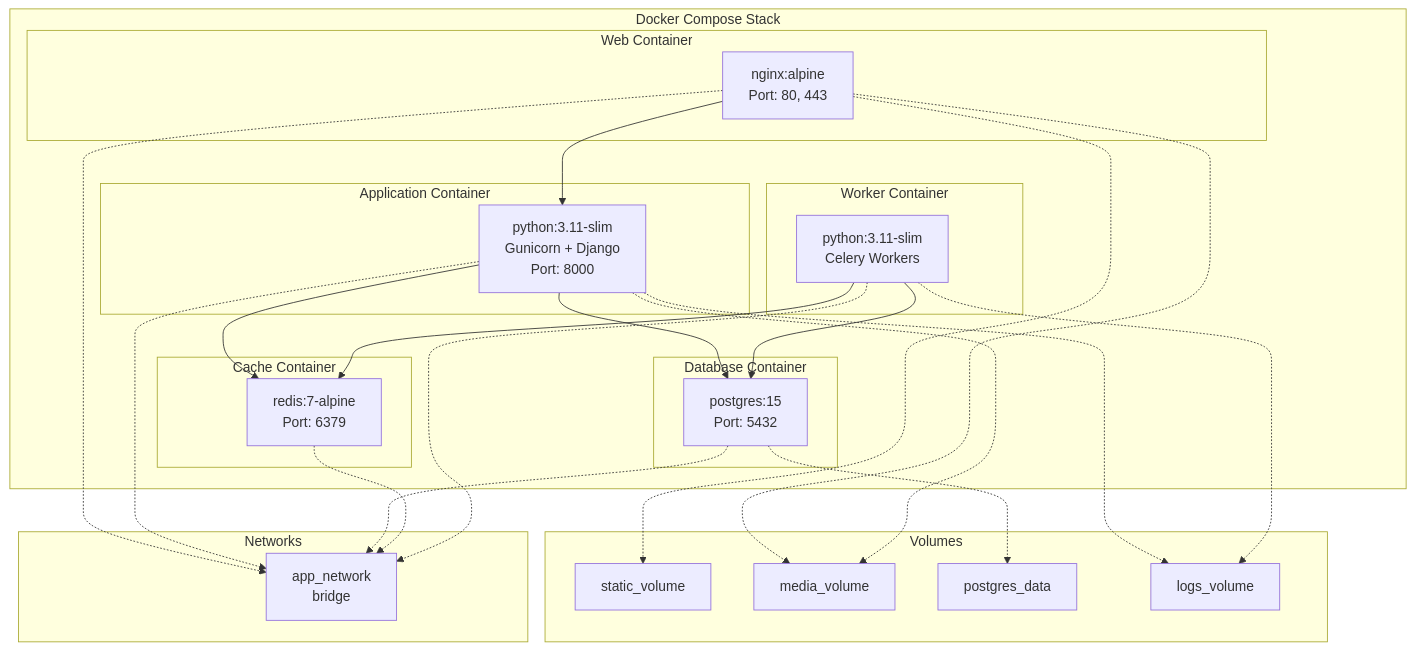
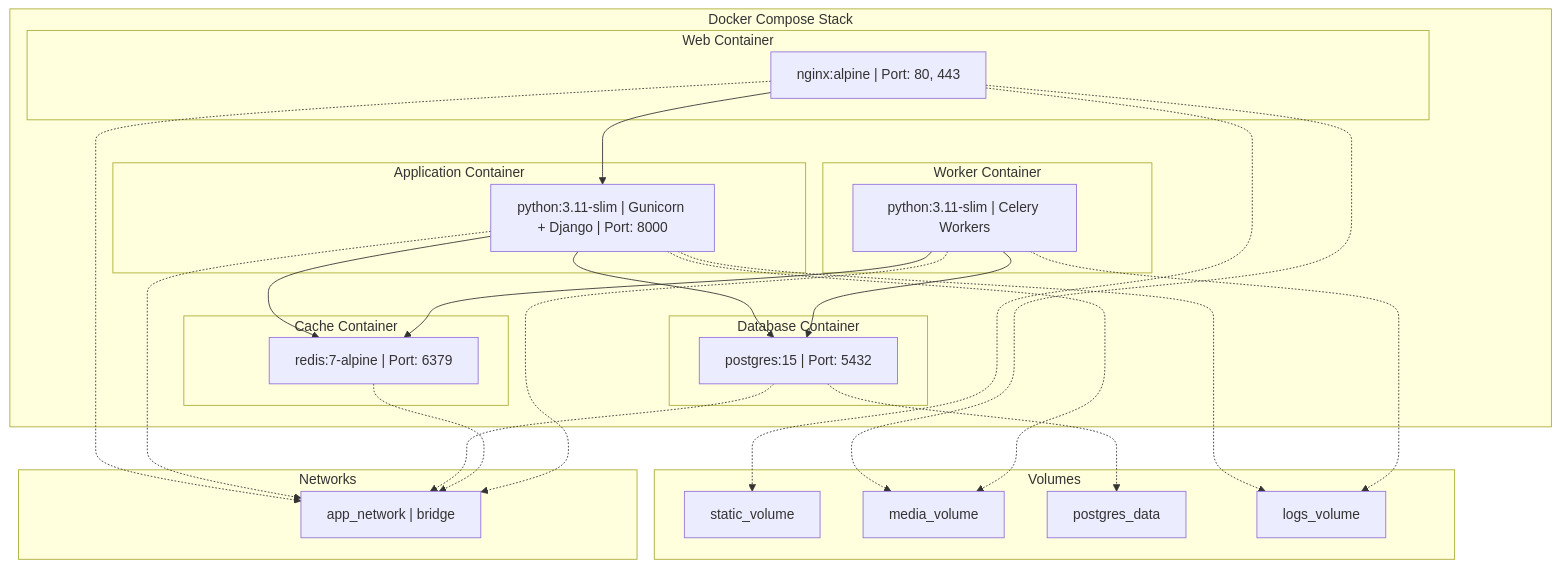
Diagram 13 of 15 in UYGULAMA_MIMARISI.md (Enesevki/BRIDG), drawn with Mermaid before and after one commit. The commit also changed other lines of this file, not shown here.

Commit message:
fix: Mermaid diagram syntax errors in UYGULAMA_MIMARISI.md

````diff
--- a/UYGULAMA_MIMARISI.md
+++ b/UYGULAMA_MIMARISI.md
@@ -1349,57 +1349,57 @@
 ```mermaid
 graph TB
     subgraph "Docker Compose Stack"
         subgraph "Web Container"
-            NginxContainer[nginx:alpine<br/>Port: 80, 443]
+            NginxContainer["nginx:alpine | Port: 80, 443"]
         end
         
         subgraph "Application Container"
-            DjangoContainer[python:3.11-slim<br/>Gunicorn + Django<br/>Port: 8000]
+            DjangoContainer["python:3.11-slim | Gunicorn + Django | Port: 8000"]
         end
         
         subgraph "Database Container"
-            PostgreSQLContainer[postgres:15<br/>Port: 5432]
+            PostgreSQLContainer["postgres:15 | Port: 5432"]
         end
         
         subgraph "Cache Container"
-            RedisContainer[redis:7-alpine<br/>Port: 6379]
+            RedisContainer["redis:7-alpine | Port: 6379"]
         end
         
         subgraph "Worker Container"
-            CeleryContainer[python:3.11-slim<br/>Celery Workers]
+            CeleryContainer["python:3.11-slim | Celery Workers"]
         end
     end
     
     subgraph "Volumes"
         StaticVolume[static_volume]
         MediaVolume[media_volume]
         DBVolume[postgres_data]
         LogVolume[logs_volume]
     end
     
     subgraph "Networks"
-        AppNetwork[app_network<br/>bridge]
+        AppNetwork["app_network | bridge"]
     end
     
     %% Container connections
     NginxContainer --> DjangoContainer
     DjangoContainer --> PostgreSQLContainer
     DjangoContainer --> RedisContainer
     CeleryContainer --> RedisContainer
     CeleryContainer --> PostgreSQLContainer
     
     %% Volume mounts
     NginxContainer -.-> StaticVolume
     NginxContainer -.-> MediaVolume
     DjangoContainer -.-> MediaVolume
     DjangoContainer -.-> LogVolume
     PostgreSQLContainer -.-> DBVolume
     CeleryContainer -.-> LogVolume
     
     %% Network
     NginxContainer -.-> AppNetwork
     DjangoContainer -.-> AppNetwork
     PostgreSQLContainer -.-> AppNetwork
     RedisContainer -.-> AppNetwork
     CeleryContainer -.-> AppNetwork
 ```
````
